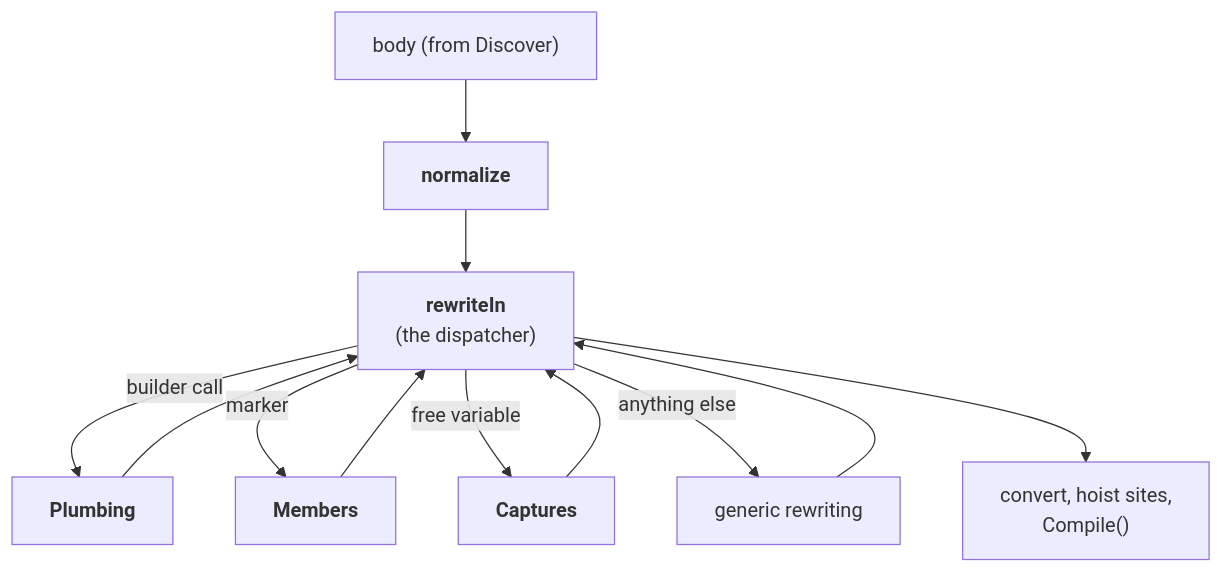
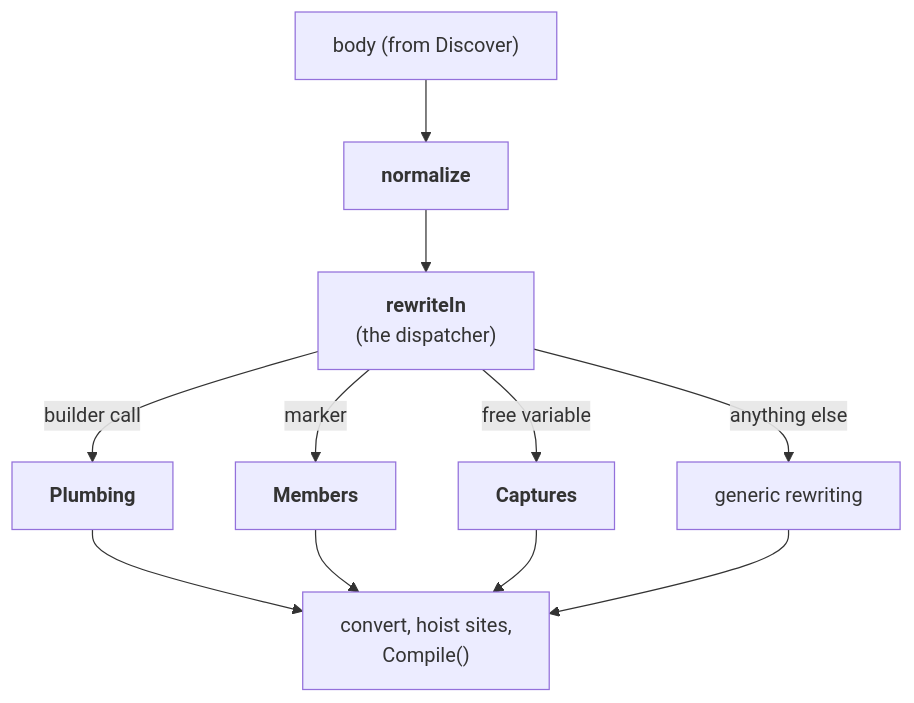
Before and after one commit to ekonbenefits/FSharp.Interop.Dlr: the diagram in docs/translation.md, drawn with Mermaid. The commit also changed 1 other file, not shown here.

Commit message:
translation.md: the output after the four sections, not beside them; binders.md: the meta-object box is a step, not a question
Both diagrams rendered with mermaid-cli to check the layout.

````diff
--- a/docs/translation.md
+++ b/docs/translation.md
@@ -8,14 +8,10 @@
 ```mermaid
 flowchart TD
     body["body (from Discover)"] --> norm["<b>normalize</b>"]
     norm --> rw["<b>rewriteIn</b><br/>(the dispatcher)"]
     rw -- "builder call" --> pl["<b>Plumbing</b>"]
     rw -- "marker" --> mb["<b>Members</b>"]
     rw -- "free variable" --> cp["<b>Captures</b>"]
     rw -- "anything else" --> gen["generic rewriting"]
-    pl --> rw
-    mb --> rw
-    cp --> rw
-    gen --> rw
-    rw --> out["convert, hoist sites,<br/>Compile()"]
+    pl & mb & cp & gen --> out["convert, hoist sites,<br/>Compile()"]
 ```
````
